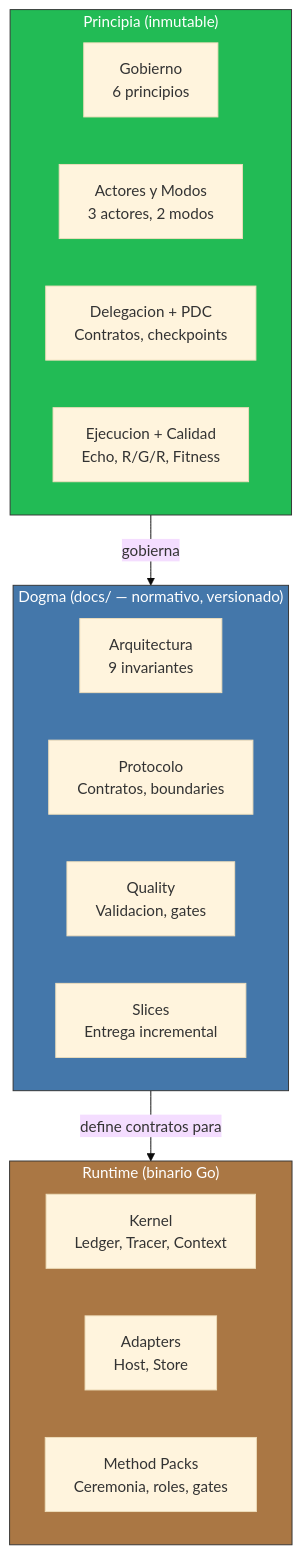
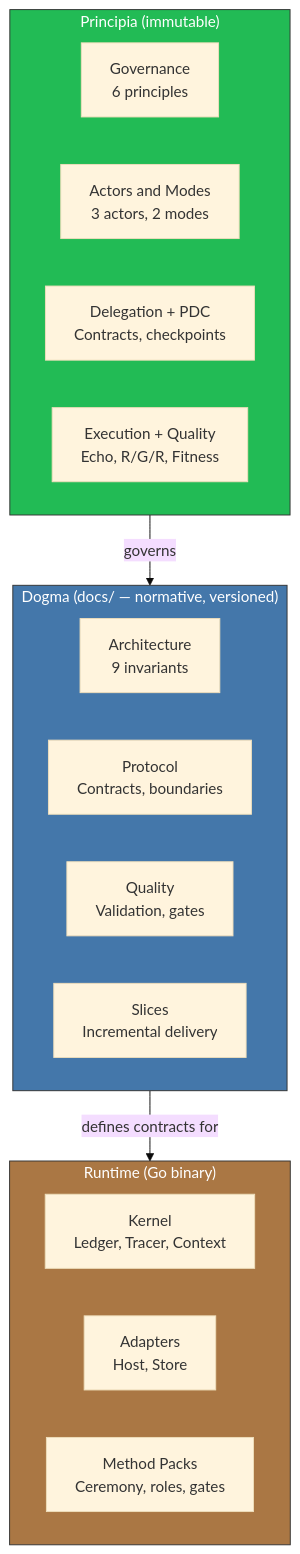
One commit to virgenherrera/virgil changed the diagram in principia/sections/04-structure.md. Above: the diagram before and after it, drawn with Mermaid (base theme). The commit also changed other lines of this file and 42 other files, not shown here.

````diff
--- a/principia/sections/04-structure.md
+++ b/principia/sections/04-structure.md
@@ -30,32 +30,32 @@
 ```mermaid
 flowchart TD
-    subgraph PRINCIPIA["Principia (inmutable)"]
+    subgraph PRINCIPIA["Principia (immutable)"]
         direction LR
-        GOB["Gobierno\n6 principios"]
-        ACT["Actores y Modos\n3 actores, 2 modos"]
-        DEL["Delegacion + PDC\nContratos, checkpoints"]
-        EXEC["Ejecucion + Calidad\nEcho, R/G/R, Fitness"]
+        GOB["Governance\n6 principles"]
+        ACT["Actors and Modes\n3 actors, 2 modes"]
+        DEL["Delegation + PDC\nContracts, checkpoints"]
+        EXEC["Execution + Quality\nEcho, R/G/R, Fitness"]
     end
 
-    subgraph DOGMA["Dogma (docs/ — normativo, versionado)"]
+    subgraph DOGMA["Dogma (docs/ — normative, versioned)"]
         direction LR
-        ARCH["Arquitectura\n9 invariantes"]
-        PROTO["Protocolo\nContratos, boundaries"]
-        QUAL["Quality\nValidacion, gates"]
-        SLICES["Slices\nEntrega incremental"]
+        ARCH["Architecture\n9 invariants"]
+        PROTO["Protocol\nContracts, boundaries"]
+        QUAL["Quality\nValidation, gates"]
+        SLICES["Slices\nIncremental delivery"]
     end
 
-    subgraph RUNTIME["Runtime (binario Go)"]
+    subgraph RUNTIME["Runtime (Go binary)"]
         direction LR
         KERNEL["Kernel\nLedger, Tracer, Context"]
         ADAPTERS["Adapters\nHost, Store"]
-        PACKS["Method Packs\nCeremonia, roles, gates"]
+        PACKS["Method Packs\nCeremony, roles, gates"]
     end
 
-    PRINCIPIA -->|"gobierna"| DOGMA
-    DOGMA -->|"define contratos para"| RUNTIME
+    PRINCIPIA -->|"governs"| DOGMA
+    DOGMA -->|"defines contracts for"| RUNTIME
 
     style PRINCIPIA fill:#2b5,stroke:#333,color:#fff
     style DOGMA fill:#47a,stroke:#333,color:#fff
     style RUNTIME fill:#a74,stroke:#333,color:#fff
 ```
````
